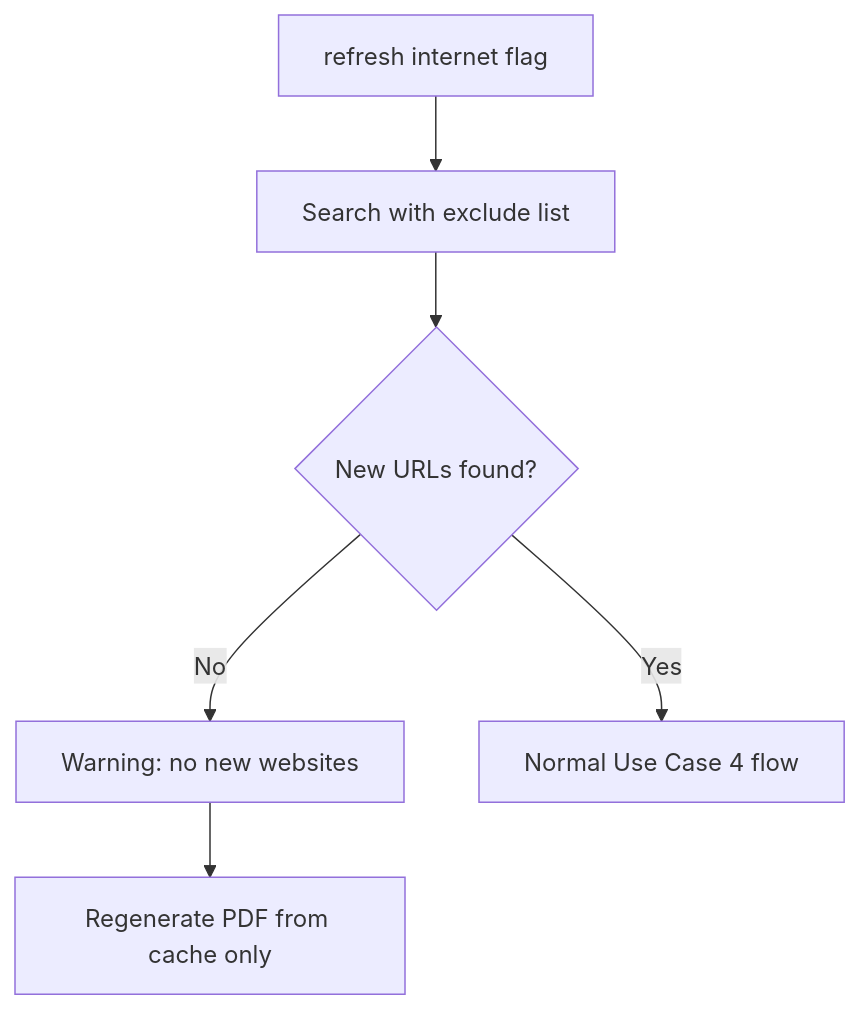
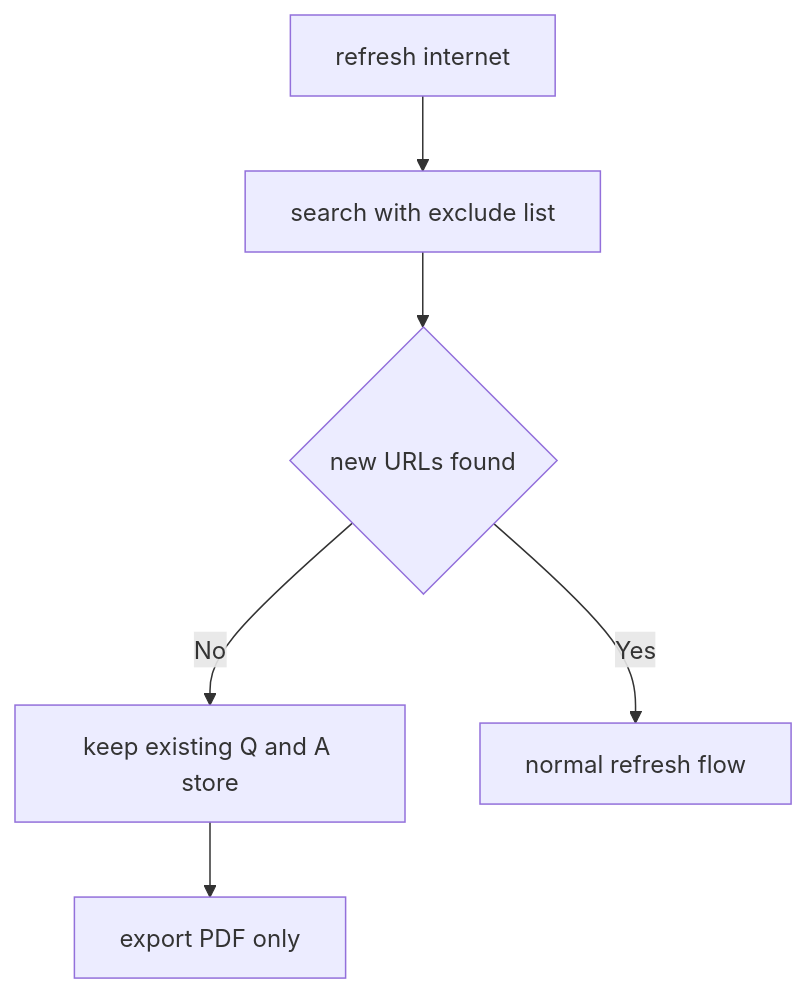
One commit to souravgupta2214/Agentic-RAG changed the eighth of 14 diagrams in docs/END_TO_END_FLOW.md. Above: the diagram before and after it, drawn with Mermaid. The commit also changed other lines of this file and 1 other file, not shown here.

````diff
--- a/docs/END_TO_END_FLOW.md
+++ b/docs/END_TO_END_FLOW.md
@@ -243,8 +259,8 @@
 ```mermaid
 flowchart TD
-    A[refresh internet flag] --> B[Search with exclude list]
-    B --> C{New URLs found?}
-    C -->|No| D["Warning: no new websites"]
-    D --> E[Regenerate PDF from cache only]
-    C -->|Yes| F["Normal Use Case 4 flow"]
+    A[refresh internet] --> B[search with exclude list]
+    B --> C{new URLs found}
+    C -->|No| D[keep existing Q and A store]
+    D --> E[export PDF only]
+    C -->|Yes| F[normal refresh flow]
 ```
````
